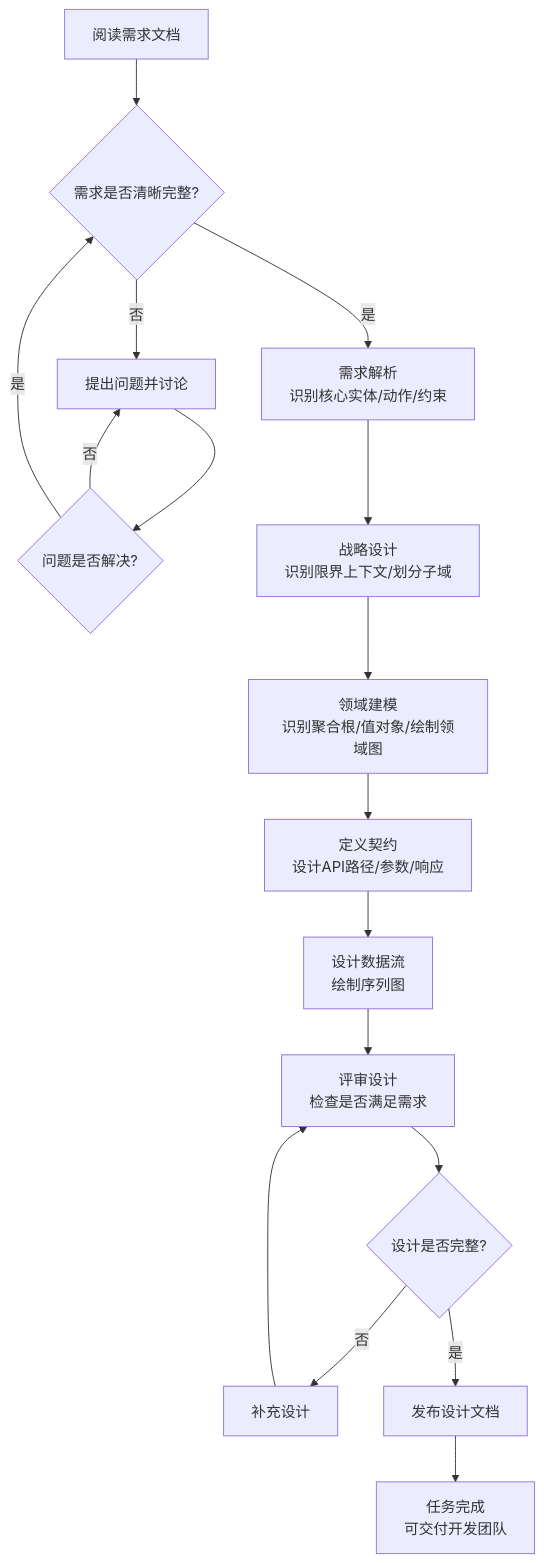
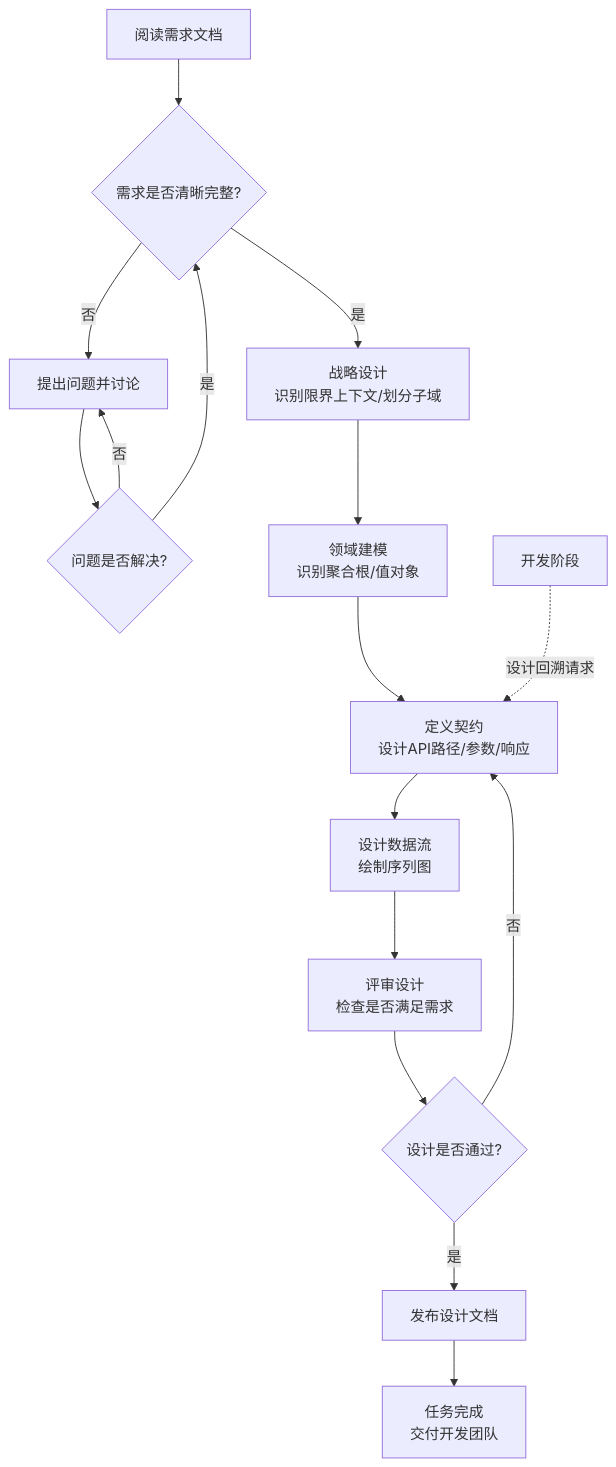
Before and after one commit to ZhangColin/ai-teacher-platform: the diagram in docs/roles/system_architect.md, drawn with Mermaid. The commit also changed other lines of this file and 3 other files, not shown here.

````diff
--- a/docs/roles/system_architect.md
+++ b/docs/roles/system_architect.md
@@ -193,19 +193,20 @@
 ```mermaid
 graph TD
     A[阅读需求文档] --> B{需求是否清晰完整?}
     B -->|否| C[提出问题并讨论]
     C --> D{问题是否解决?}
     D -->|否| C
     D -->|是| B
-    B -->|是| E[需求解析<br/>识别核心实体/动作/约束]
-    E --> F[战略设计<br/>识别限界上下文/划分子域]
-    F --> G[领域建模<br/>识别聚合根/值对象/绘制领域图]
-    G --> H[定义契约<br/>设计API路径/参数/响应]
-    H --> I[设计数据流<br/>绘制序列图]
-    I --> J[评审设计<br/>检查是否满足需求]
-    J --> K{设计是否完整?}
-    K -->|否| L[补充设计]
-    L --> J
-    K -->|是| M[发布设计文档]
-    M --> N[任务完成<br/>可交付开发团队]
+    B -->|是| E[战略设计<br/>识别限界上下文/划分子域]
+    E --> F[领域建模<br/>识别聚合根/值对象]
+    F --> G[定义契约<br/>设计API路径/参数/响应]
+    G --> H[设计数据流<br/>绘制序列图]
+    H --> I[评审设计<br/>检查是否满足需求]
+    I --> J{设计是否通过?}
+    J -- 否 --> G
+    J -- 是 --> K[发布设计文档]
+    K --> L[任务完成<br/>交付开发团队]
+    
+    %% 增加来自下游的反馈闭环
+    Dev[开发阶段] -.->|设计回溯请求| G
 ```
````
